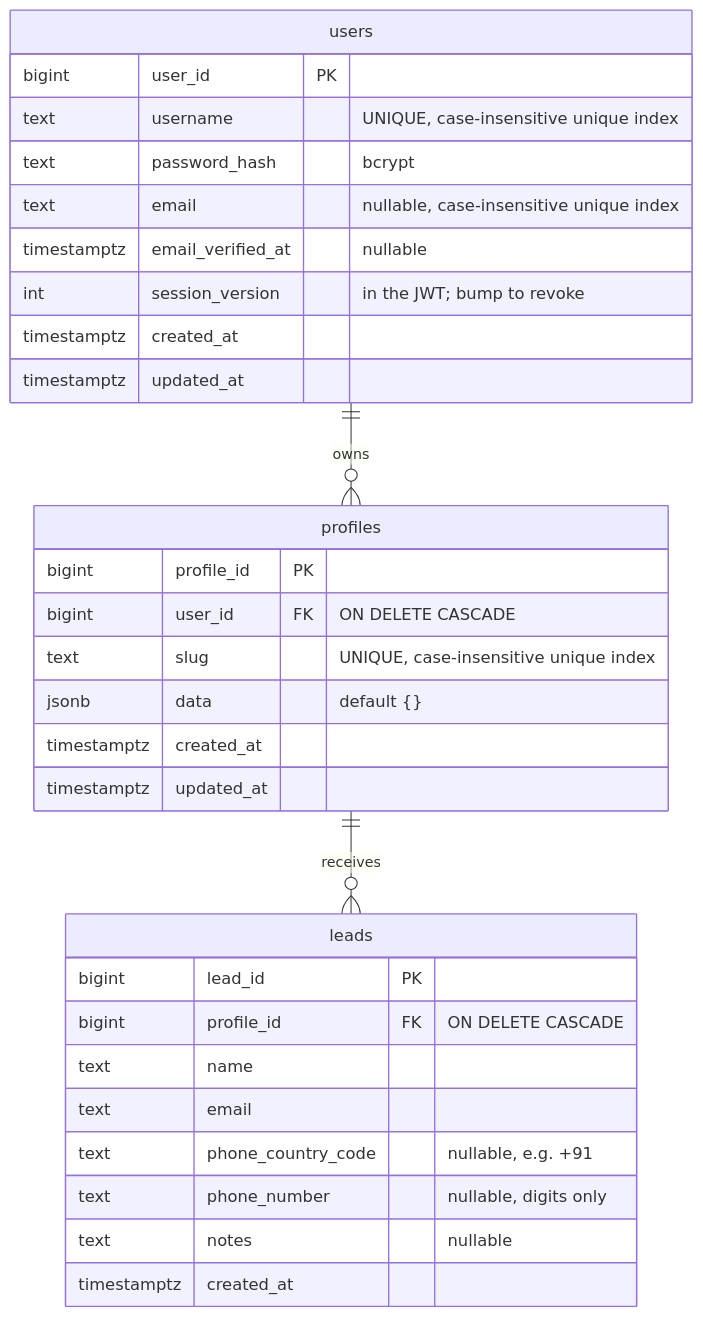
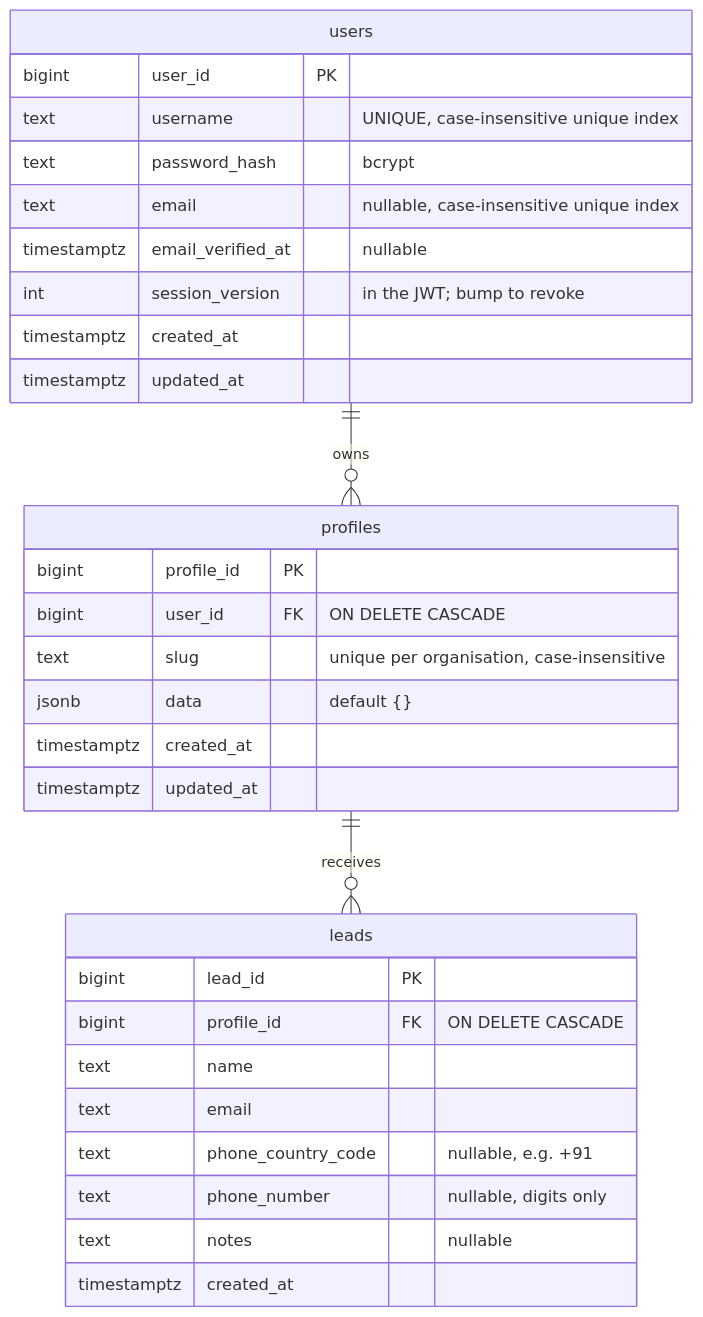
One commit to faiz-gh/fronko changed the diagram in backend/README.md. Above: the diagram before and after it, drawn with Mermaid. The commit also changed other lines of this file and 49 other files, not shown here.

````diff
--- a/backend/README.md
+++ b/backend/README.md
@@ -204,34 +205,34 @@
 ```mermaid
 erDiagram
     users ||--o{ profiles : owns
     profiles ||--o{ leads : receives
 
     users {
         bigint user_id PK
         text username "UNIQUE, case-insensitive unique index"
         text password_hash "bcrypt"
         text email "nullable, case-insensitive unique index"
         timestamptz email_verified_at "nullable"
         int session_version "in the JWT; bump to revoke"
         timestamptz created_at
         timestamptz updated_at
     }
     profiles {
         bigint profile_id PK
         bigint user_id FK "ON DELETE CASCADE"
-        text slug "UNIQUE, case-insensitive unique index"
+        text slug "unique per organisation, case-insensitive"
         jsonb data "default {}"
         timestamptz created_at
         timestamptz updated_at
     }
     leads {
         bigint lead_id PK
         bigint profile_id FK "ON DELETE CASCADE"
         text name
         text email
         text phone_country_code "nullable, e.g. +91"
         text phone_number "nullable, digits only"
         text notes "nullable"
         timestamptz created_at
     }
 ```
````
